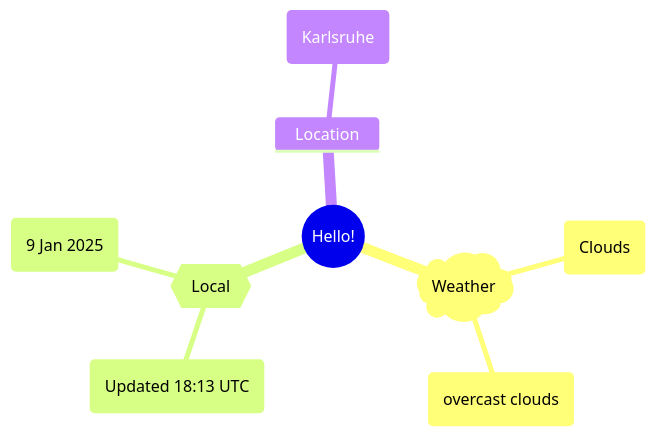
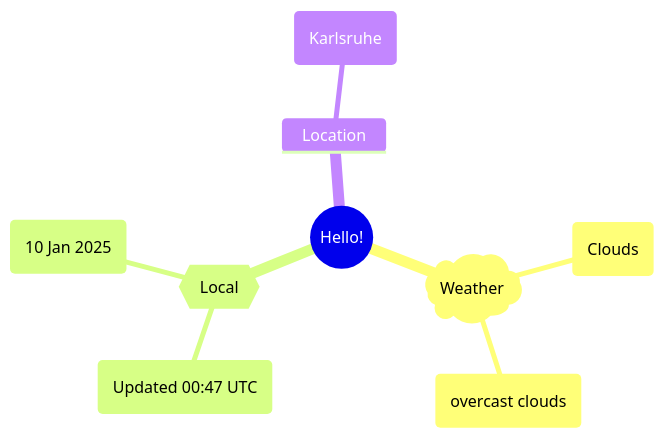
One commit to Xosrov/Xosrov changed the first of 2 diagrams in README.md. Above: the diagram before and after it, drawn with Mermaid.

Commit message:
[bot] updated images

````diff
--- a/README.md
+++ b/README.md
@@ -3,12 +3,12 @@
 ```mermaid
 mindmap
   root((Hello!))
     )Weather(
         (Clouds)
         (overcast clouds)
     {{Local}}
-        (Updated 18:13 UTC)
-        (9 Jan 2025)
+        (Updated 00:47 UTC)
+        (10 Jan 2025)
     Location
         (Karlsruhe)
 ```
````
